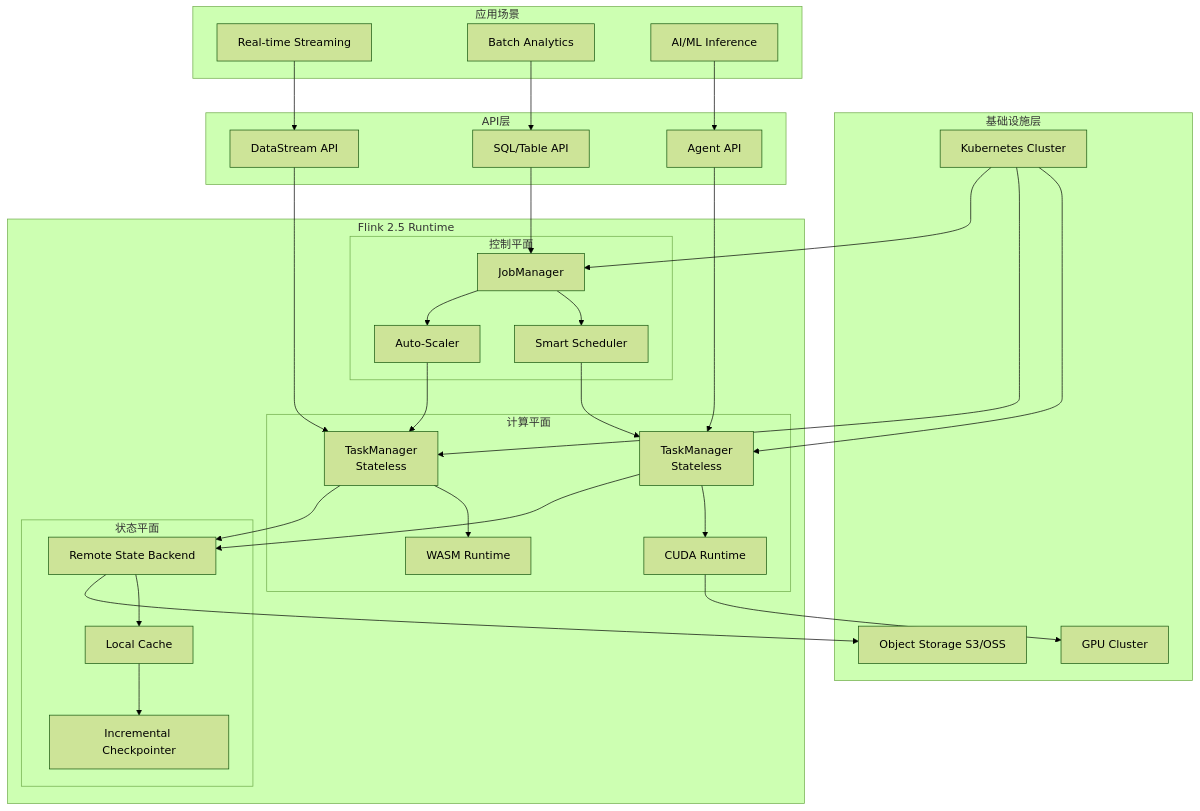
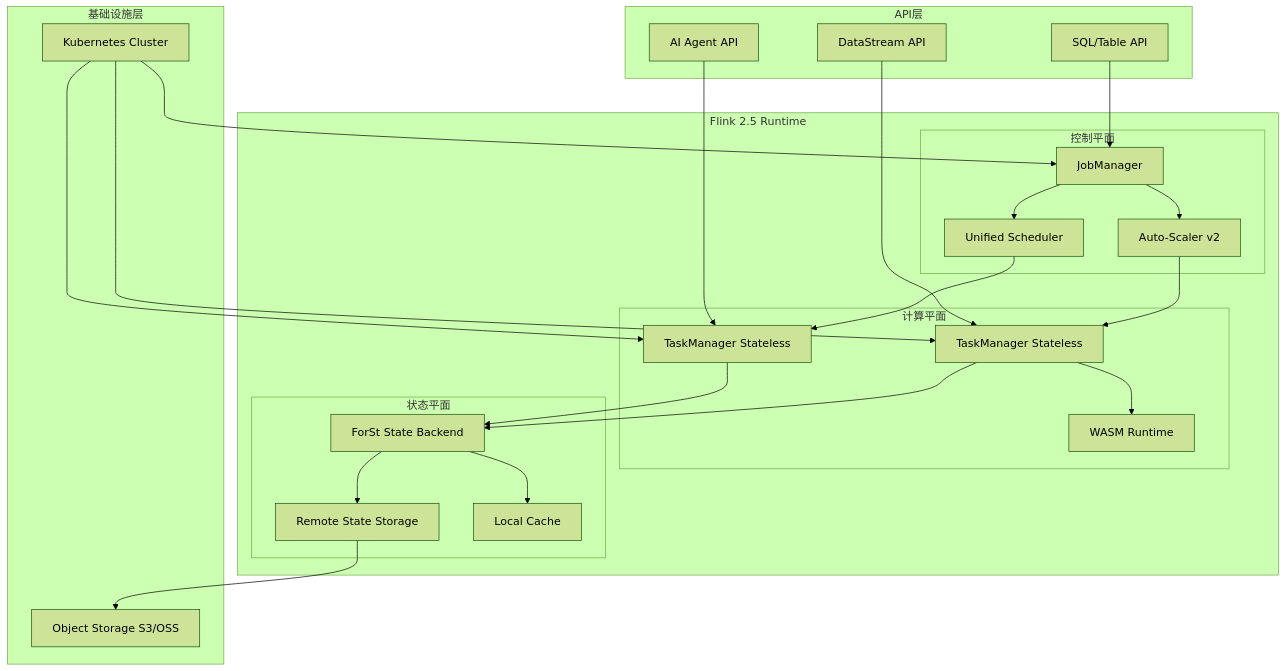
One commit to AdaMartin18010/AnalysisDataFlow changed the fourth of 6 diagrams in Flink/08-roadmap/08.01-flink-24/flink-2.5-preview.md. Above: the diagram before and after it, drawn with Mermaid (forest theme). The commit also changed other lines of this file and 28 other files, not shown here.

````diff
--- a/Flink/08-roadmap/08.01-flink-24/flink-2.5-preview.md
+++ b/Flink/08-roadmap/08.01-flink-24/flink-2.5-preview.md
@@ -642,68 +564,54 @@
 ```mermaid
 graph TB
     subgraph Infra["基础设施层"]
         K8s[Kubernetes Cluster]
         S3[Object Storage S3/OSS]
-        GPU[GPU Cluster]
     end
 
     subgraph Runtime["Flink 2.5 Runtime"]
         subgraph Control["控制平面"]
             JM[JobManager]
-            AutoScaler[Auto-Scaler]
-            Scheduler[Smart Scheduler]
+            AutoScaler[Auto-Scaler v2]
+            Scheduler[Unified Scheduler]
         end
 
         subgraph Compute["计算平面"]
-            TM1[TaskManager<br/>Stateless]
-            TM2[TaskManager<br/>Stateless]
+            TM1[TaskManager Stateless]
+            TM2[TaskManager Stateless]
             WASM[WASM Runtime]
-            CUDA[CUDA Runtime]
         end
 
         subgraph State["状态平面"]
-            RemoteState[Remote State Backend]
+            ForSt[ForSt State Backend]
+            RemoteState[Remote State Storage]
             Cache[Local Cache]
-            Checkpointer[Incremental Checkpointer]
         end
     end
 
     subgraph API["API层"]
         SQL[SQL/Table API]
         DS[DataStream API]
-        Agent[Agent API]
-    end
-
-    subgraph Apps["应用场景"]
-        Streaming[Real-time Streaming]
-        Batch[Batch Analytics]
-        AI[AI/ML Inference]
+        Agent[AI Agent API]
     end
 
     K8s --> JM
     K8s --> TM1
     K8s --> TM2
 
     JM --> AutoScaler
     JM --> Scheduler
     AutoScaler --> TM1
     Scheduler --> TM2
 
-    TM1 --> RemoteState
-    TM2 --> RemoteState
+    TM1 --> ForSt
+    TM2 --> ForSt
+    ForSt --> RemoteState
     RemoteState --> S3
-    RemoteState --> Cache
-    Cache --> Checkpointer
+    ForSt --> Cache
 
     TM1 --> WASM
-    TM2 --> CUDA
-    CUDA --> GPU
 
     SQL --> JM
     DS --> TM1
     Agent --> TM2
-
-    Streaming --> DS
-    Batch --> SQL
-    AI --> Agent
 ```
````
